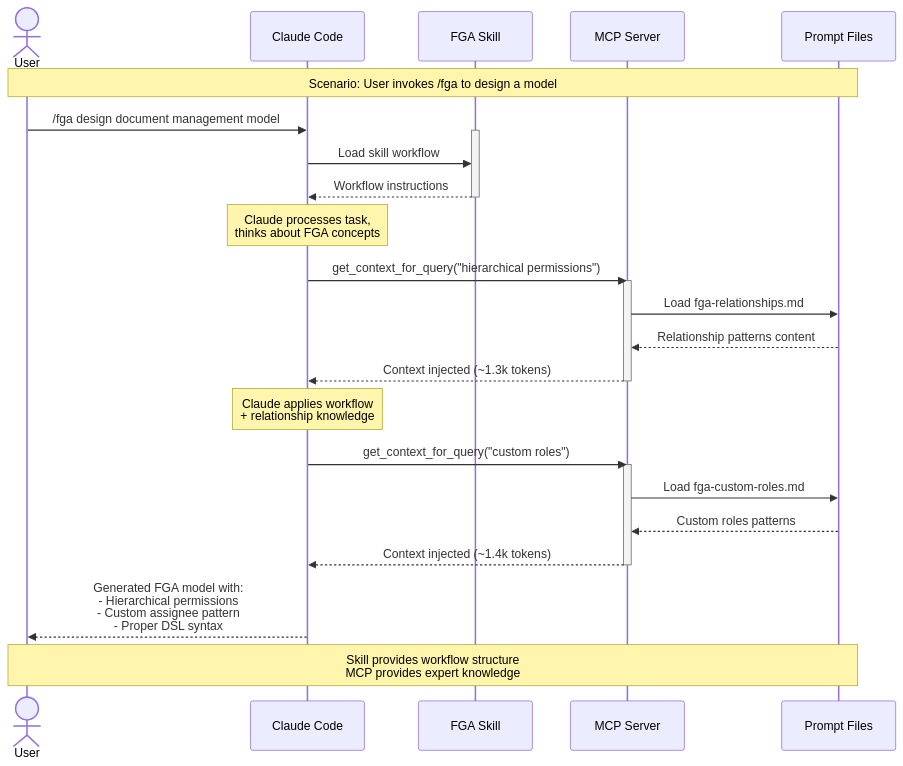
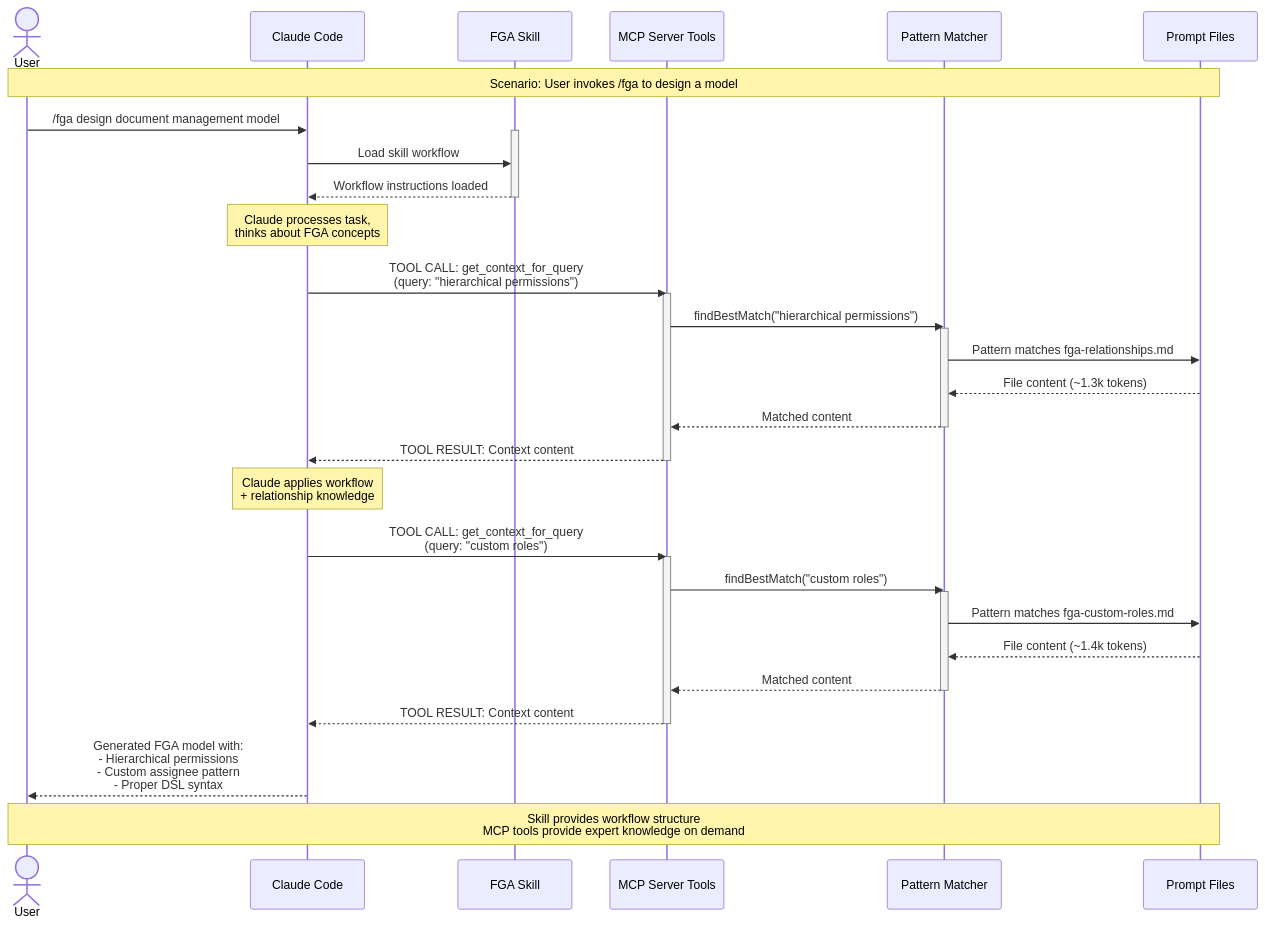
Before and after one commit to violetarcher/fga-mcp-skills-quickstart: the fourth of 8 diagrams in ARCHITECTURE.md, drawn with Mermaid. The commit also changed other lines of this file, not shown here.

Commit message:
Fix architecture docs - clarify MCP tools

````diff
--- a/ARCHITECTURE.md
+++ b/ARCHITECTURE.md
@@ -156,39 +157,48 @@
 ```mermaid
 sequenceDiagram
     actor User
     participant Claude as Claude Code
     participant Skill as FGA Skill
-    participant MCP as MCP Server
+    participant MCP as MCP Server Tools
+    participant Matcher as Pattern Matcher
     participant Prompts as Prompt Files
 
     Note over User,Prompts: Scenario: User invokes /fga to design a model
 
     User->>Claude: /fga design document management model
 
     activate Skill
     Claude->>Skill: Load skill workflow
-    Skill-->>Claude: Workflow instructions
+    Skill-->>Claude: Workflow instructions loaded
     deactivate Skill
 
     Note over Claude: Claude processes task,<br/>thinks about FGA concepts
 
-    Claude->>MCP: get_context_for_query("hierarchical permissions")
+    Claude->>MCP: TOOL CALL: get_context_for_query<br/>(query: "hierarchical permissions")
     activate MCP
-    MCP->>Prompts: Load fga-relationships.md
-    Prompts-->>MCP: Relationship patterns content
-    MCP-->>Claude: Context injected (~1.3k tokens)
+    MCP->>Matcher: findBestMatch("hierarchical permissions")
+    activate Matcher
+    Matcher->>Prompts: Pattern matches fga-relationships.md
+    Prompts-->>Matcher: File content (~1.3k tokens)
+    Matcher-->>MCP: Matched content
+    deactivate Matcher
+    MCP-->>Claude: TOOL RESULT: Context content
     deactivate MCP
 
     Note over Claude: Claude applies workflow<br/>+ relationship knowledge
 
-    Claude->>MCP: get_context_for_query("custom roles")
+    Claude->>MCP: TOOL CALL: get_context_for_query<br/>(query: "custom roles")
     activate MCP
-    MCP->>Prompts: Load fga-custom-roles.md
-    Prompts-->>MCP: Custom roles patterns
-    MCP-->>Claude: Context injected (~1.4k tokens)
+    MCP->>Matcher: findBestMatch("custom roles")
+    activate Matcher
+    Matcher->>Prompts: Pattern matches fga-custom-roles.md
+    Prompts-->>Matcher: File content (~1.4k tokens)
+    Matcher-->>MCP: Matched content
+    deactivate Matcher
+    MCP-->>Claude: TOOL RESULT: Context content
     deactivate MCP
 
     Claude-->>User: Generated FGA model with:<br/>- Hierarchical permissions<br/>- Custom assignee pattern<br/>- Proper DSL syntax
 
-    Note over User,Prompts: Skill provides workflow structure<br/>MCP provides expert knowledge
+    Note over User,Prompts: Skill provides workflow structure<br/>MCP tools provide expert knowledge on demand
 ```
````
